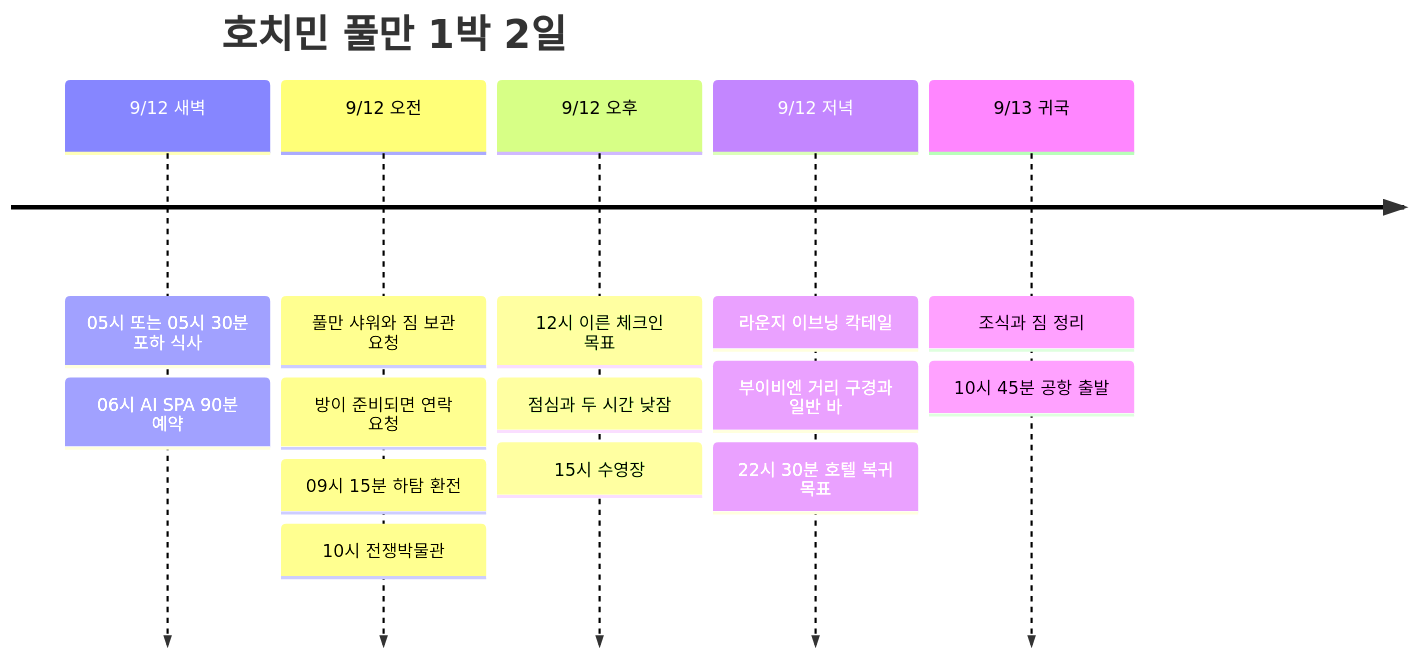
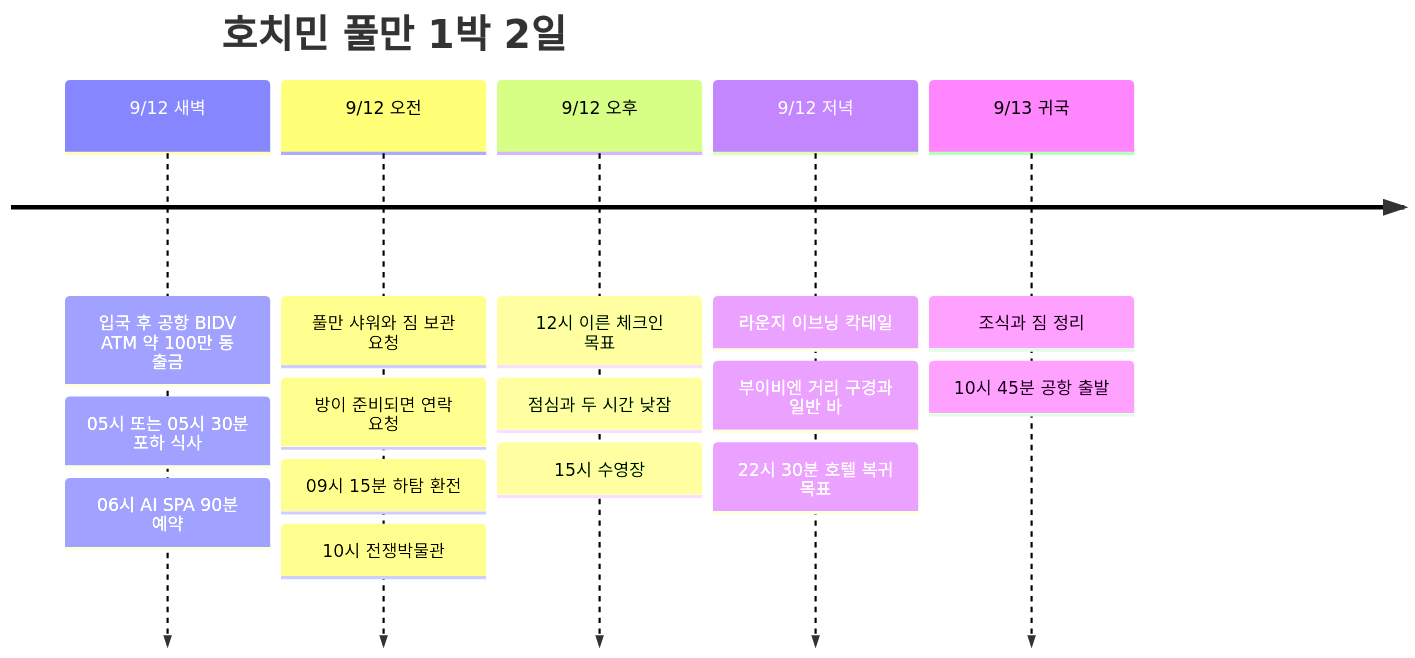
The diagram in src/content/posts/2026-09-12-ho-chi-minh-pullman.md (gongdongho12/commit-map), drawn with Mermaid before and after one commit. The commit also changed other lines of this file, not shown here.

Commit message:
Add airport BIDV withdrawal and remove paid rooftop promotion

````diff
--- a/src/content/posts/2026-09-12-ho-chi-minh-pullman.md
+++ b/src/content/posts/2026-09-12-ho-chi-minh-pullman.md
@@ -110,18 +110,19 @@
 ```mermaid
 timeline
   title 호치민 풀만 1박 2일
-  9/12 새벽 : 05시 또는 05시 30분 포하 식사
+  9/12 새벽 : 입국 후 공항 BIDV ATM 약 100만 동 출금
+             : 05시 또는 05시 30분 포하 식사
              : 06시 AI SPA 90분 예약
   9/12 오전 : 풀만 샤워와 짐 보관 요청
              : 방이 준비되면 연락 요청
              : 09시 15분 하탐 환전
              : 10시 전쟁박물관
   9/12 오후 : 12시 이른 체크인 목표
              : 점심과 두 시간 낮잠
              : 15시 수영장
   9/12 저녁 : 라운지 이브닝 칵테일
              : 부이비엔 거리 구경과 일반 바
              : 22시 30분 호텔 복귀 목표
   9/13 귀국 : 조식과 짐 정리
              : 10시 45분 공항 출발
 ```
````
